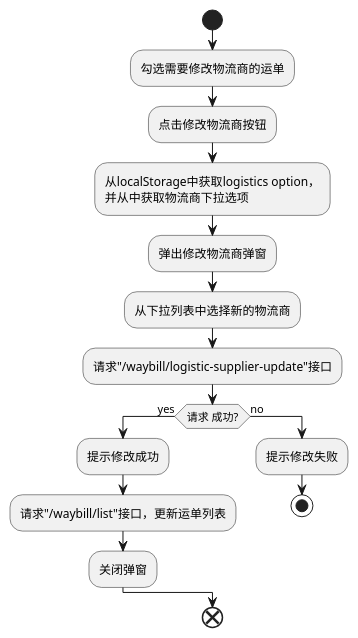
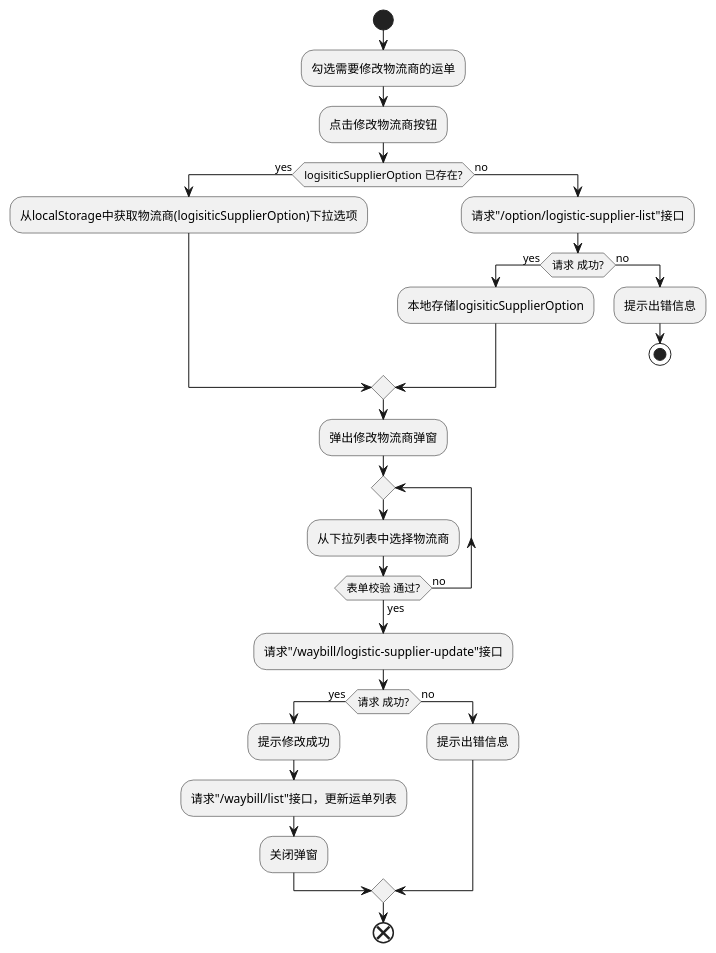
One commit to futurekidult/lis changed the diagram in docs/development-flow-diagram.puml/logistics-list/update-logisitc-supplier.puml. Above: the diagram before and after it, drawn with PlantUML. The commit also changed 11 other files, not shown here.

```diff
--- a/docs/development-flow-diagram.puml/logistics-list/update-logisitc-supplier.puml
+++ b/docs/development-flow-diagram.puml/logistics-list/update-logisitc-supplier.puml
@@ -1,21 +1,31 @@
 @startuml
 
 start
 :勾选需要修改物流商的运单;
 :点击修改物流商按钮;
-:从localStorage中获取logistics option，
-并从中获取物流商下拉选项;
+if(logisiticSupplierOption 已存在?) then (yes)
+  :从localStorage中获取物流商(logisiticSupplierOption)下拉选项;
+else (no)
+  :请求"/option/logistic-supplier-list"接口;
+  if(请求 成功?) then (yes)
+    :本地存储logisiticSupplierOption;
+  else (no)
+    :提示出错信息;
+    stop
+  endif
+endif
 :弹出修改物流商弹窗;
-:从下拉列表中选择新的物流商;
+repeat
+  :从下拉列表中选择物流商;
+repeat while(表单校验 通过?) is (no) not (yes)
 :请求"/waybill/logistic-supplier-update"接口;
 if(请求 成功?) then (yes)
   :提示修改成功;
   :请求"/waybill/list"接口，更新运单列表;
   :关闭弹窗;
 else (no)
-  :提示修改失败;
-  stop
+  :提示出错信息;
 endif
 end
 
 @enduml
```
